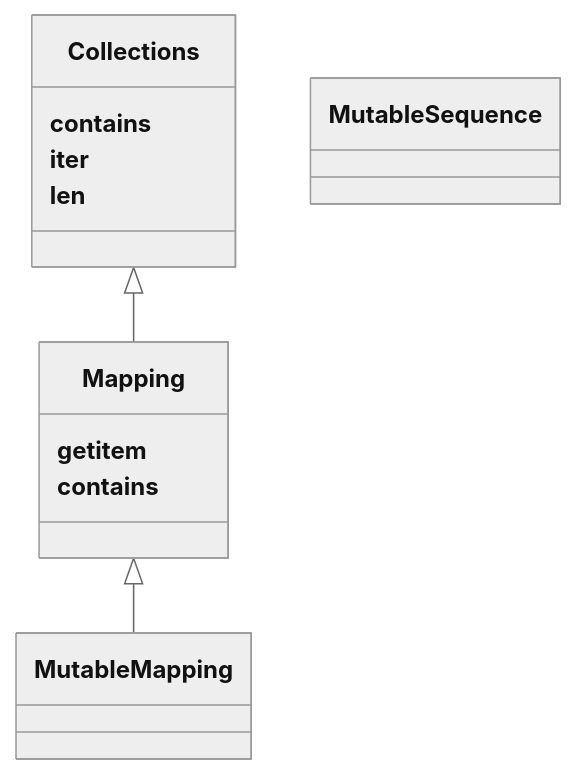
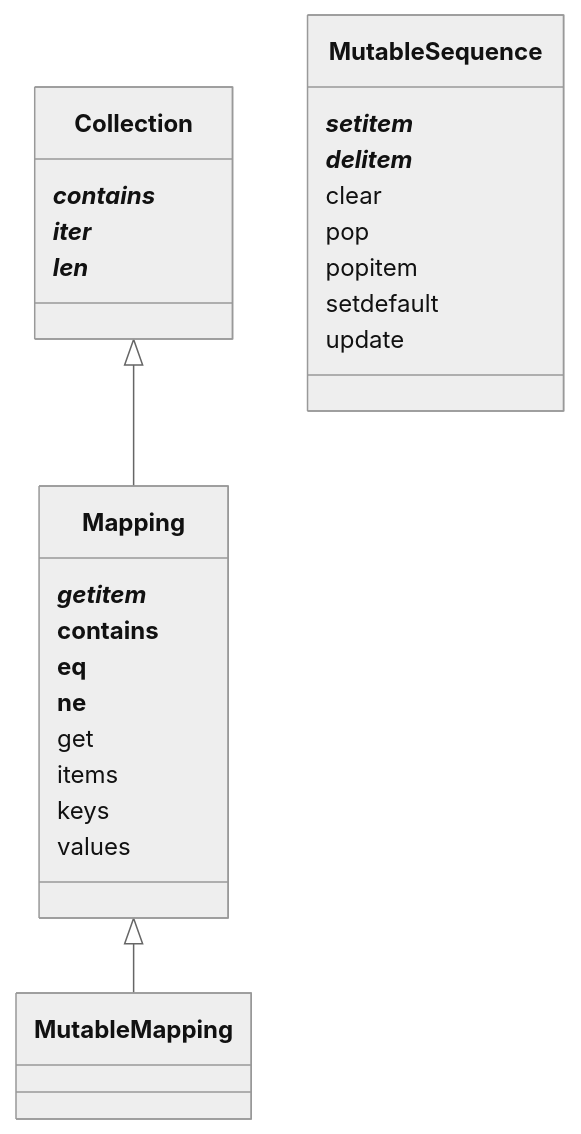
The first of 2 diagrams in 3. Dictionaries and Sets/jolim.md (42FluentPython/study), drawn with Mermaid (neutral theme) before and after one commit. The commit also changed other lines of this file, not shown here.

````diff
--- a/3. Dictionaries and Sets/jolim.md
+++ b/3. Dictionaries and Sets/jolim.md
@@ -116,17 +116,29 @@
 ```mermaid
 classDiagram
-    Collections <|-- Mapping
+    Collection <|-- Mapping
     Mapping <|-- MutableMapping
-    class Collections{
-        __contains__
-        __iter__
-        __len__
+    class Collection{
+        __contains__*
+        __iter__*
+        __len__*
     }
     class Mapping{
-      __getitem__
-      __contains__
+        __getitem__*
+        __contains__
+        __eq__
+        __ne__
+        get
+        items
+        keys
+        values
     }
     class MutableSequence{
-      
+        __setitem__*
+        __delitem__*
+        clear
+        pop
+        popitem
+        setdefault
+        update
     }
 ```
````
